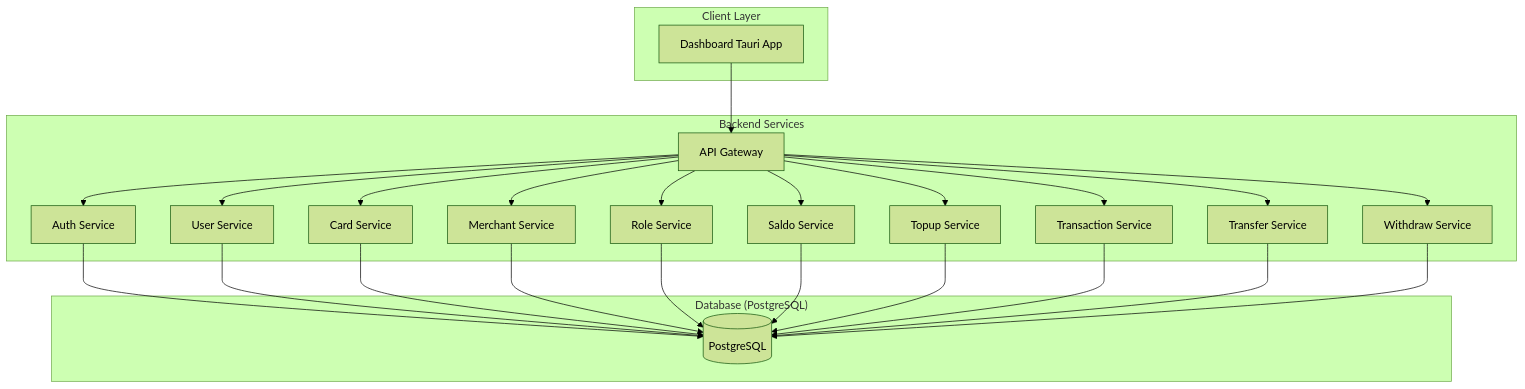
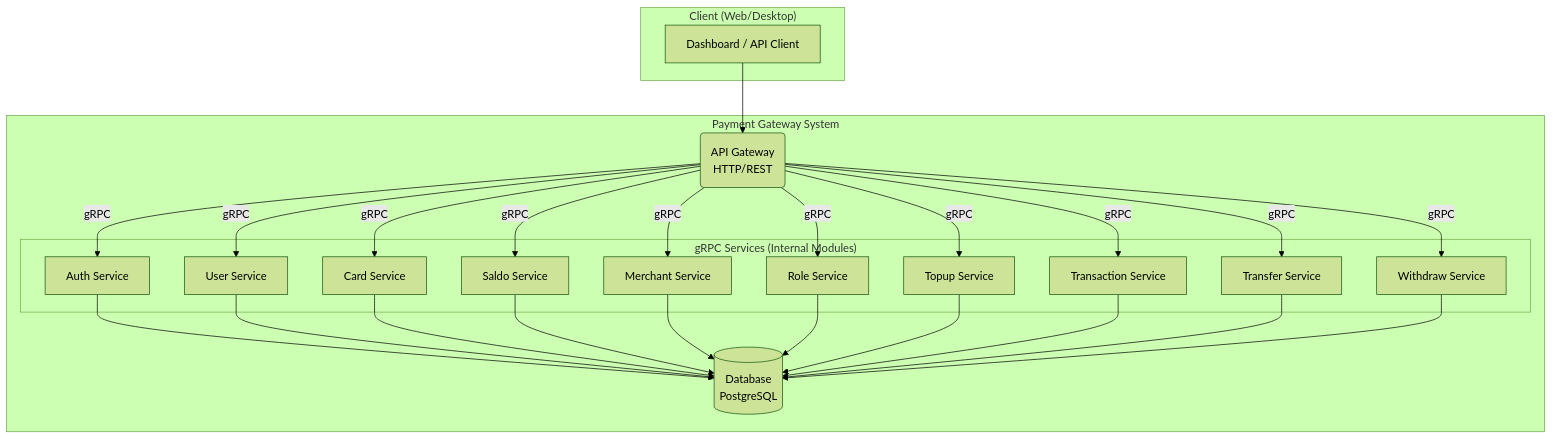
One commit to MamangRust/example-payment-gateway-sqlx changed the diagram in README.md. Above: the diagram before and after it, drawn with Mermaid (forest theme). The commit also changed other lines of this file, not shown here.

Commit message:
penambahan documentation readme.md mermaid js di project ini

````diff
--- a/README.md
+++ b/README.md
@@ -6,52 +22,49 @@
 ```mermaid
 graph TD
-    %% Client Layer
-    subgraph "Client Layer"
-        D[Dashboard Tauri App]
+    subgraph "Client (Web/Desktop)"
+        A[Dashboard / API Client]
     end
 
-    %% Backend Layer
-    subgraph "Backend Services"
-        A[API Gateway]
-        S1[Auth Service]
-        S2[User Service]
-        S3[Card Service]
-        S4[Merchant Service]
-        S5[Role Service]
-        S6[Saldo Service]
-        S7[Topup Service]
-        S8[Transaction Service]
-        S9[Transfer Service]
-        S10[Withdraw Service]
+    subgraph "Payment Gateway System"
+        B(API Gateway <br> HTTP/REST)
+
+        subgraph "gRPC Services (Internal Modules)"
+            C[Auth Service]
+            D[User Service]
+            E[Card Service]
+            F[Saldo Service]
+            G[Merchant Service]
+            H[Role Service]
+            I[Topup Service]
+            J[Transaction Service]
+            K[Transfer Service]
+            L[Withdraw Service]
+        end
+
+        M[(Database <br> PostgreSQL)]
     end
 
-    %% Database Layer
-    subgraph "Database (PostgreSQL)"
-        DB[(PostgreSQL)]
-    end
+    A --> B
 
-    %% Connections
-    D --> A
-    A --> S1
-    A --> S2
-    A --> S3
-    A --> S4
-    A --> S5
-    A --> S6
-    A --> S7
-    A --> S8
-    A --> S9
-    A --> S10
+    B -- gRPC --> C
+    B -- gRPC --> D
+    B -- gRPC --> E
+    B -- gRPC --> F
+    B -- gRPC --> G
+    B -- gRPC --> H
+    B -- gRPC --> I
+    B -- gRPC --> J
+    B -- gRPC --> K
+    B -- gRPC --> L
 
-    S1 --> DB
-    S2 --> DB
-    S3 --> DB
-    S4 --> DB
-    S5 --> DB
-    S6 --> DB
-    S7 --> DB
-    S8 --> DB
-    S9 --> DB
-    S10 --> DB
-
+    C --> M
+    D --> M
+    E --> M
+    F --> M
+    G --> M
+    H --> M
+    I --> M
+    J --> M
+    K --> M
+    L --> M
 ```
````
